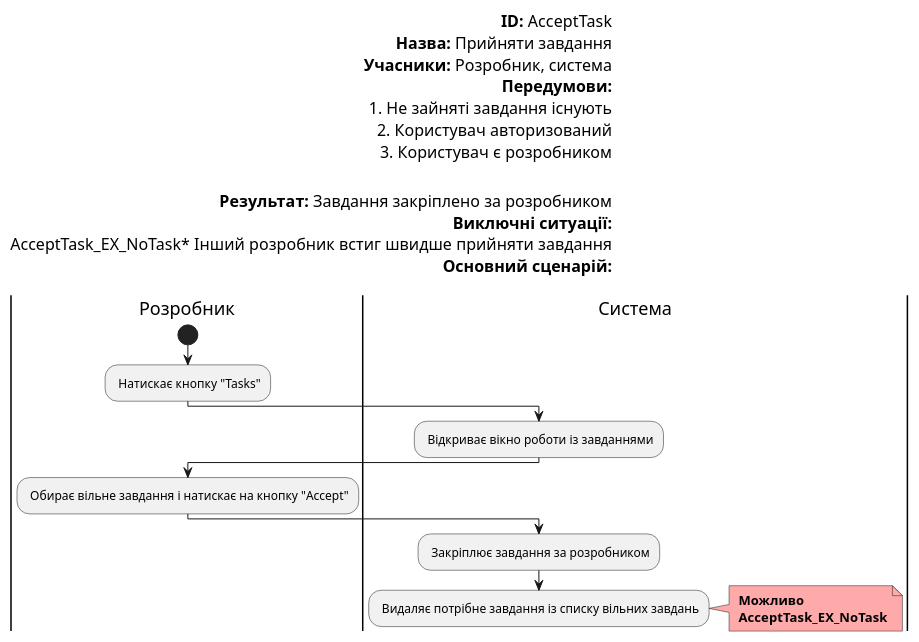
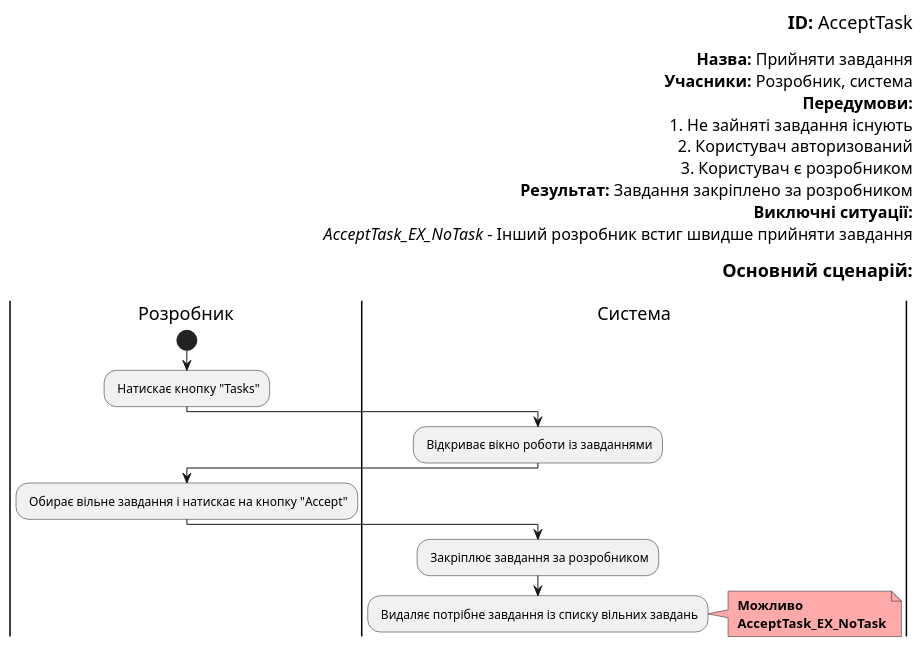
One commit to boldak/edu-db-cw changed the eighth of 19 diagrams in docs/use cases/README.md. Above: the diagram before and after it, drawn with PlantUML. The commit also changed other lines of this file, not shown here.

```diff
--- a/docs/use cases/README.md
+++ b/docs/use cases/README.md
@@ -402,39 +402,39 @@
 @startuml
 
-    left header        
-        <font color=000 size=16><b>ID:</b> AcceptTask
+    right header        
+        <font color=000 size=18><b>ID:</b> AcceptTask
+
         <font color=000 size=16><b>Назва:</b> Прийняти завдання
         <font color=000 size=16><b>Учасники:</b> Розробник, система
         <font color=000 size=16><b>Передумови:</b>
         <font color=000 size=16> 1. Не зайняті завдання існують
         <font color=000 size=16> 2. Користувач авторизований
         <font color=000 size=16>3. Користувач є розробником
-        
-
         <font color=000 size=16><b>Результат:</b> Завдання закріплено за розробником
         <font color=000 size=16><b>Виключні ситуації:</b>
-        <font color=000 size=16> AcceptTask_EX_NoTask* Інший розробник встиг швидше прийняти завдання
-        <font color=000 size=16><b>Основний сценарій:</b>
+        <font color=000 size=16> <i>AcceptTask_EX_NoTask</i> - Інший розробник встиг швидше прийняти завдання
+
+        <font color=000 size=18><b>Основний сценарій:</b>
         
     end header
     |Розробник|
         start
         : Натискає кнопку "Tasks";
         
     |Система|
         : Відкриває вікно роботи із завданнями;
         
     |Розробник|
         : Обирає вільне завдання і натискає на кнопку "Accept";
         
     |Система|
         : Закріплює завдання за розробником;
         
     |Система|
         : Видаляє потрібне завдання із списку вільних завдань;
         note right #ffaaaa
         <b> Можливо
         <b> AcceptTask_EX_NoTask
         end note
 
 @enduml
```
